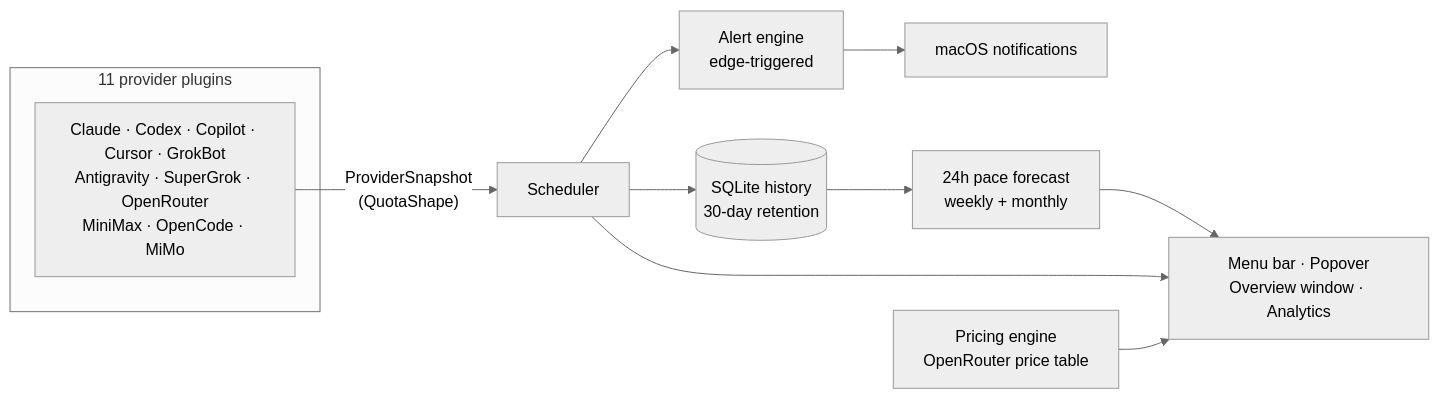
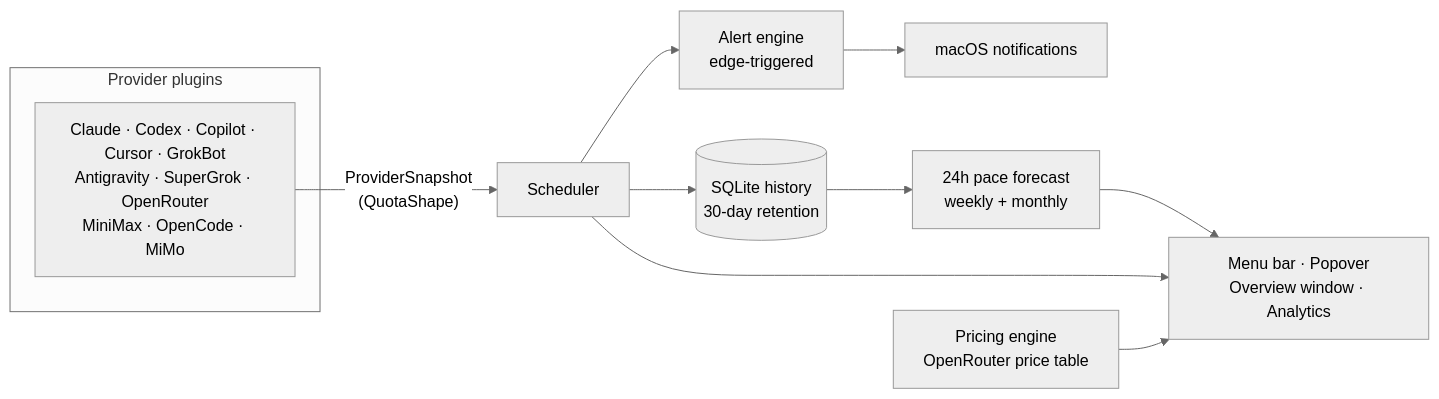
One commit to OkamiOps/OkTally changed the diagram in README.md. Above: the diagram before and after it, drawn with Mermaid (neutral theme). The commit also changed other lines of this file and 58 other files, not shown here.

````diff
--- a/README.md
+++ b/README.md
@@ -112,14 +128,14 @@
 ```mermaid
 flowchart LR
-    subgraph Providers["11 provider plugins"]
+    subgraph Providers["Provider plugins"]
         P1["Claude · Codex · Copilot · Cursor · GrokBot<br/>Antigravity · SuperGrok · OpenRouter<br/>MiniMax · OpenCode · MiMo"]
     end
     P1 -->|"ProviderSnapshot<br/>(QuotaShape)"| S[Scheduler]
     S --> DB[(SQLite history<br/>30-day retention)]
     S --> AE[Alert engine<br/>edge-triggered]
     AE --> N[macOS notifications]
     DB --> FE[24h pace forecast<br/>weekly + monthly]
     FE --> UI["Menu bar · Popover<br/>Overview window · Analytics"]
     S --> UI
     PE[Pricing engine<br/>OpenRouter price table] --> UI
 ```
````
